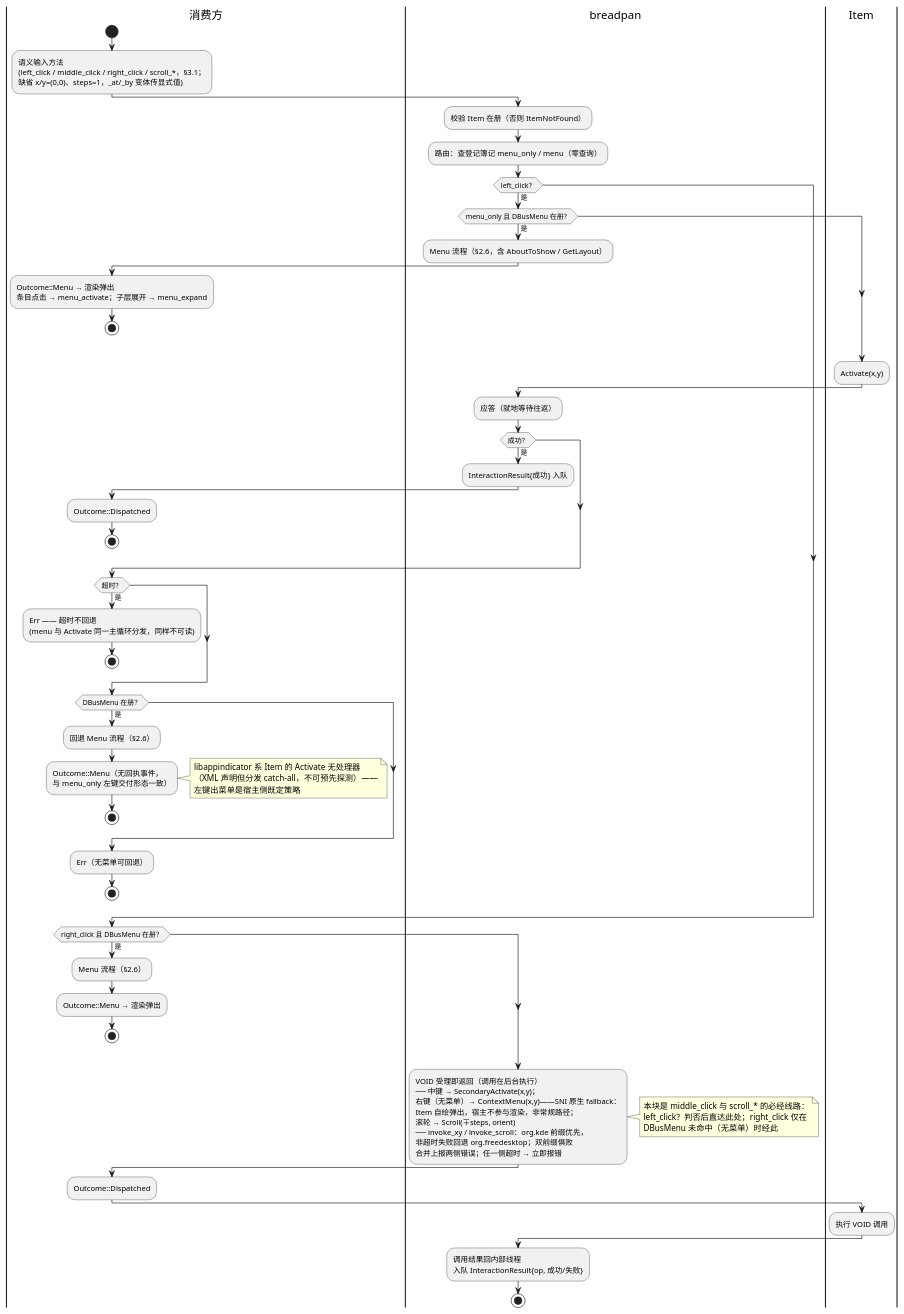
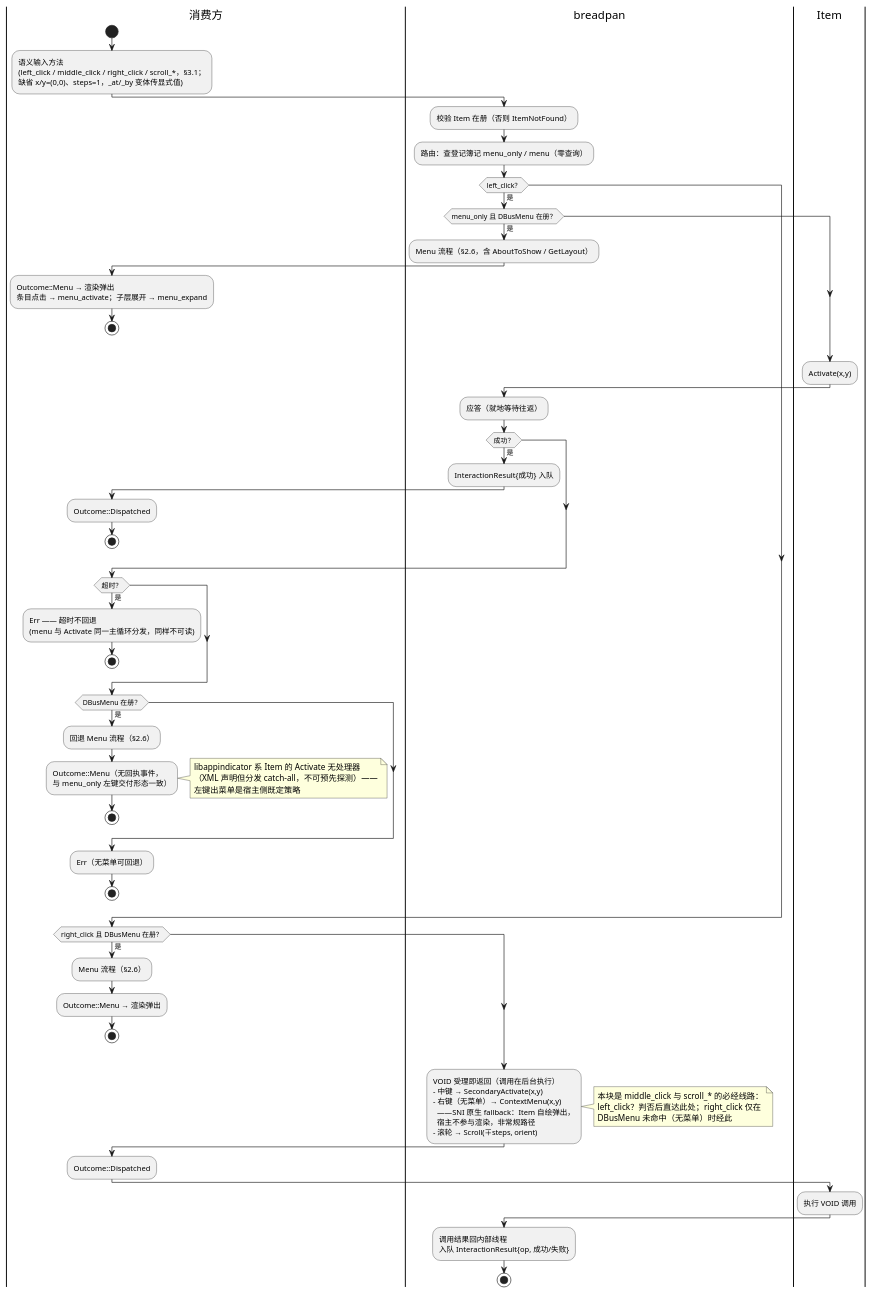
The diagram in diagram/breadpan-input-routing.puml (54m43lJ/BreadKnife), drawn with PlantUML before and after one commit. The commit also changed 1 other file, not shown here.

Commit message:
docs(diagram): §2.7 VOID 块改用 bullet list 列明各输入行为
- 中键/右键（无菜单）/滚轮三条映射以 '- ' 列表列出，
  去掉 ASCII 时期的 ── 分隔符
- invoke_xy/invoke_scroll 前缀回退细则属 CODE §3.5.2 内部
  细节且对左键同样适用，从面向消费方的活动图中移除

```diff
--- a/diagram/breadpan-input-routing.puml
+++ b/diagram/breadpan-input-routing.puml
@@ -1,78 +1,76 @@
 @startuml breadpan-input-routing
 |消费方|
 start
 :语义输入方法
 (left_click / middle_click / right_click / scroll_*，§3.1；
 缺省 x/y=(0,0)、steps=1，_at/_by 变体传显式值);
 |breadpan|
 :校验 Item 在册（否则 ItemNotFound）;
 :路由：查登记簿记 menu_only / menu（零查询）;
 if (left_click？) then (是)
   if (menu_only 且 DBusMenu 在册？) then (是)
     :Menu 流程（§2.6，含 AboutToShow / GetLayout）;
     |消费方|
     :Outcome::Menu → 渲染弹出
     条目点击 → menu_activate；子层展开 → menu_expand;
     stop
   endif
   |Item|
   :Activate(x,y);
   |breadpan|
   :应答（就地等待往返）;
   if (成功？) then (是)
     :InteractionResult{成功} 入队;
     |消费方|
     :Outcome::Dispatched;
     stop
   endif
   if (超时？) then (是)
     |消费方|
     :Err —— 超时不回退
     (menu 与 Activate 同一主循环分发，同样不可读);
     stop
   endif
   if (DBusMenu 在册？) then (是)
     :回退 Menu 流程（§2.6）;
     |消费方|
     :Outcome::Menu（无回执事件，
     与 menu_only 左键交付形态一致）;
     note right
       libappindicator 系 Item 的 Activate 无处理器
       （XML 声明但分发 catch-all，不可预先探测）——
       左键出菜单是宿主侧既定策略
     end note
     stop
   endif
   |消费方|
   :Err（无菜单可回退）;
   stop
 endif
 if (right_click 且 DBusMenu 在册？) then (是)
   :Menu 流程（§2.6）;
   |消费方|
   :Outcome::Menu → 渲染弹出;
   stop
 endif
 |breadpan|
 :VOID 受理即返回（调用在后台执行）
-── 中键 → SecondaryActivate(x,y)；
-右键（无菜单）→ ContextMenu(x,y)——SNI 原生 fallback：
-Item 自绘弹出，宿主不参与渲染，非常规路径；
-滚轮 → Scroll(∓steps, orient)
-── invoke_xy / invoke_scroll：org.kde 前缀优先，
-非超时失败回退 org.freedesktop；双前缀俱败
-合并上报两侧错误；任一侧超时 → 立即报错;
+- 中键 → SecondaryActivate(x,y)
+- 右键（无菜单）→ ContextMenu(x,y)
+  ——SNI 原生 fallback：Item 自绘弹出，
+  宿主不参与渲染，非常规路径
+- 滚轮 → Scroll(∓steps, orient);
 note right
   本块是 middle_click 与 scroll_* 的必经线路：
   left_click？判否后直达此处；right_click 仅在
   DBusMenu 未命中（无菜单）时经此
 end note
 |消费方|
 :Outcome::Dispatched;
 |Item|
 :执行 VOID 调用;
 |breadpan|
 :调用结果回内部线程
 入队 InteractionResult{op, 成功/失败};
 stop
 @enduml
```
